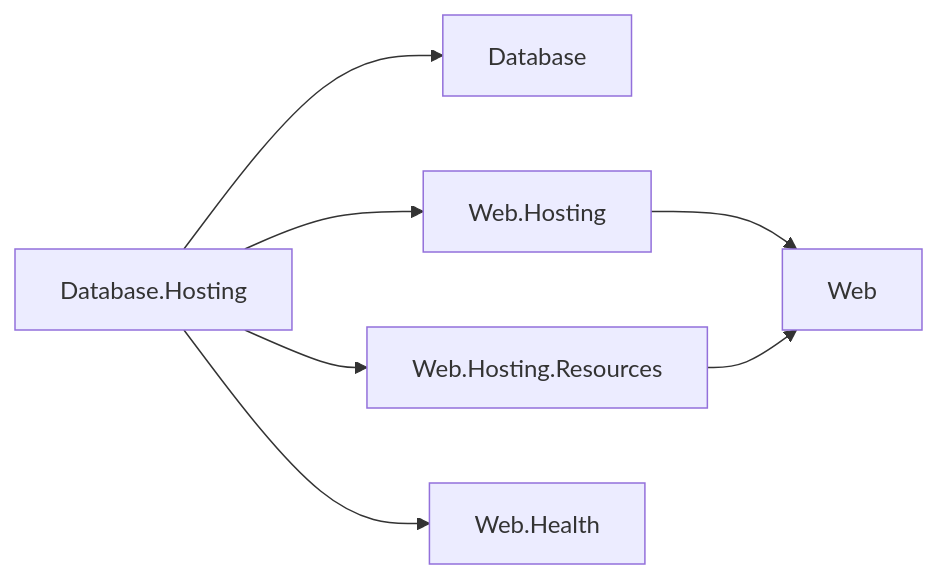
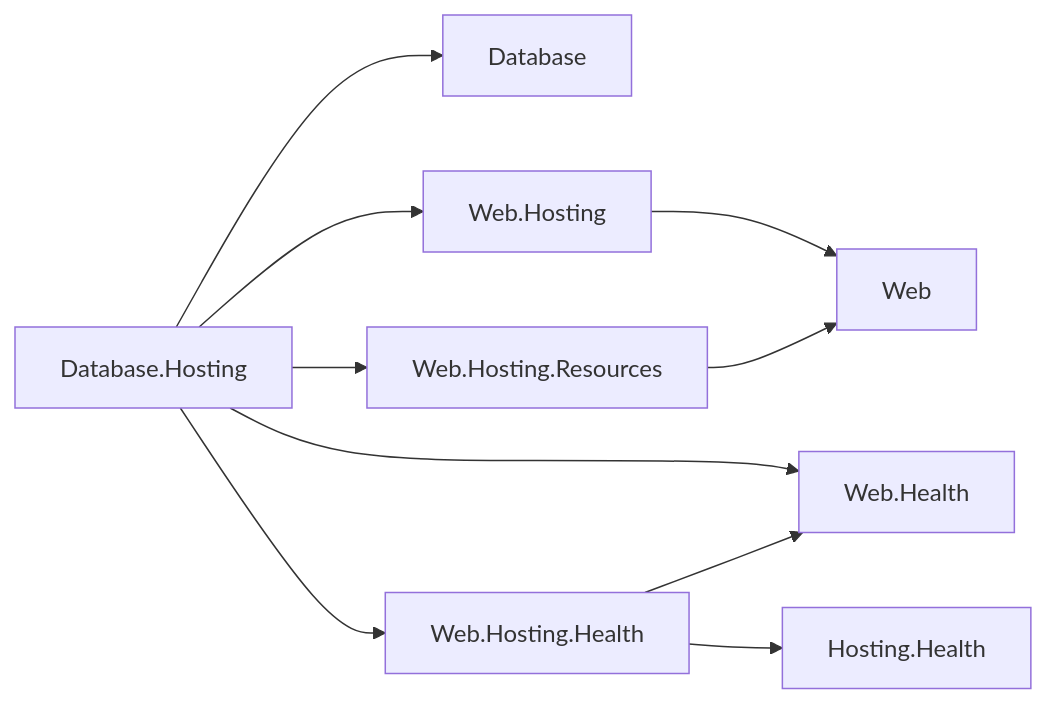
Before and after one commit to assimalign/cohesion: the diagram in resources/Database/Assimalign.Cohesion.Database.Hosting/docs/DESIGN.md, drawn with Mermaid. The commit also changed other lines of this file and 8 other files, not shown here.

First line of the commit message:
refactor(database): admin health checks use the Web.Hosting.Health adapter

````diff
--- a/resources/Database/Assimalign.Cohesion.Database.Hosting/docs/DESIGN.md
+++ b/resources/Database/Assimalign.Cohesion.Database.Hosting/docs/DESIGN.md
@@ -25,9 +25,12 @@
 ```mermaid
 flowchart LR
     DbHost["Database.Hosting"] --> Db["Database"]
     DbHost --> WebHost["Web.Hosting"]
     DbHost --> Terminal["Web.Hosting.Resources"]
     DbHost --> Health["Web.Health"]
     WebHost --> Web["Web"]
     Terminal --> Web
+    DbHost --> Adapter["Web.Hosting.Health"]
+    Adapter --> Health
+    Adapter --> HH["Hosting.Health"]
 ```
````
